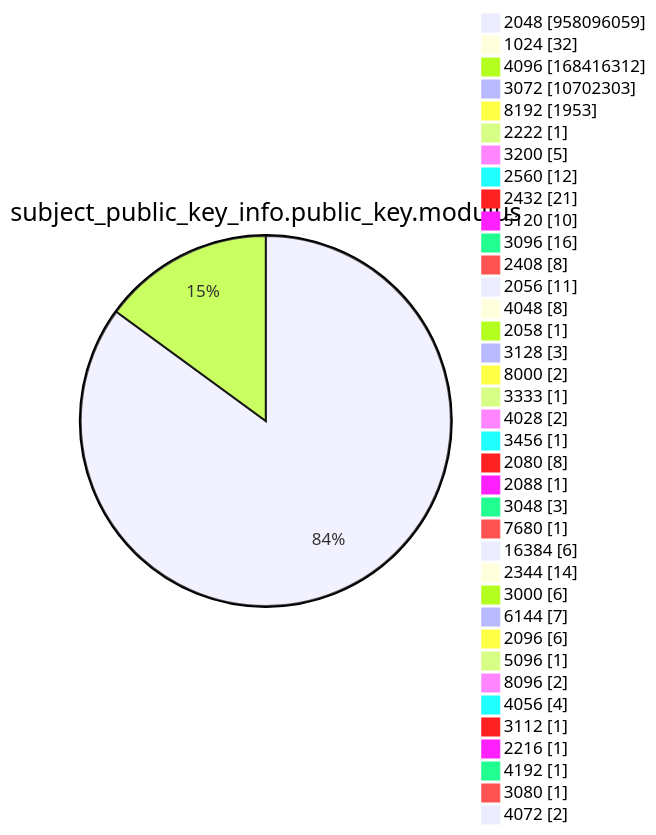
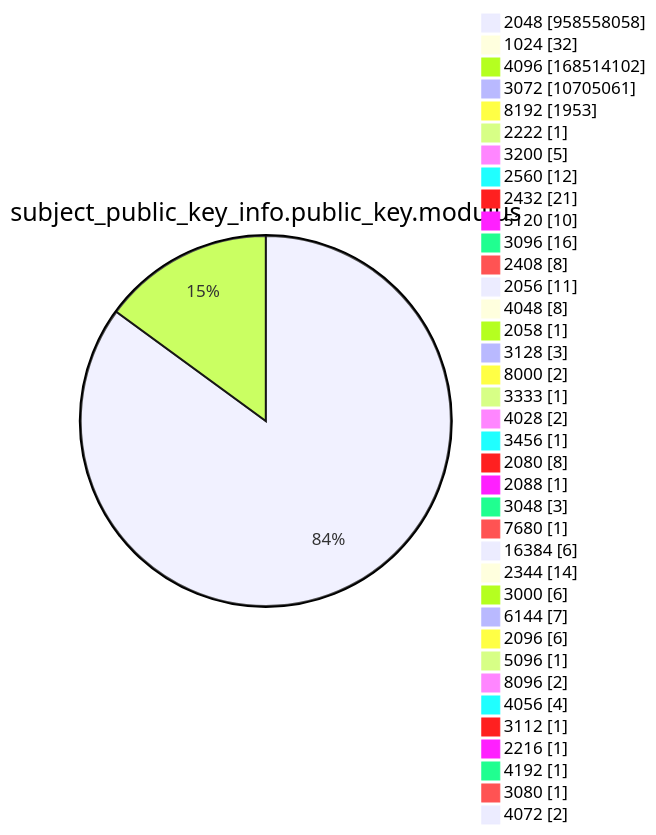
Before and after one commit to christiankrug/ctmonitor_visualization: diagram 13 of 15 in argon2022/README.md, drawn with Mermaid. The commit also changed other lines of this file, not shown here.

````diff
--- a/argon2022/README.md
+++ b/argon2022/README.md
@@ -3586,41 +3586,41 @@
 ```mermaid
 pie showData
 title subject_public_key_info.public_key.modulus
-"2048" :958096059
+"2048" :958558058
 "1024" :32
-"4096" :168416312
-"3072" :10702303
+"4096" :168514102
+"3072" :10705061
 "8192" :1953
 "2222" :1
 "3200" :5
 "2560" :12
 "2432" :21
 "5120" :10
 "3096" :16
 "2408" :8
 "2056" :11
 "4048" :8
 "2058" :1
 "3128" :3
 "8000" :2
 "3333" :1
 "4028" :2
 "3456" :1
 "2080" :8
 "2088" :1
 "3048" :3
 "7680" :1
 "16384" :6
 "2344" :14
 "3000" :6
 "6144" :7
 "2096" :6
 "5096" :1
 "8096" :2
 "4056" :4
 "3112" :1
 "2216" :1
 "4192" :1
 "3080" :1
 "4072" :2
 ```
````
